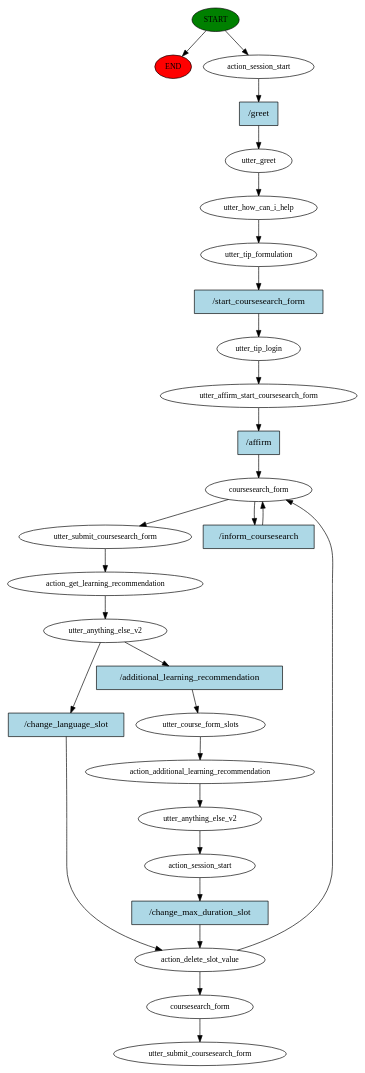
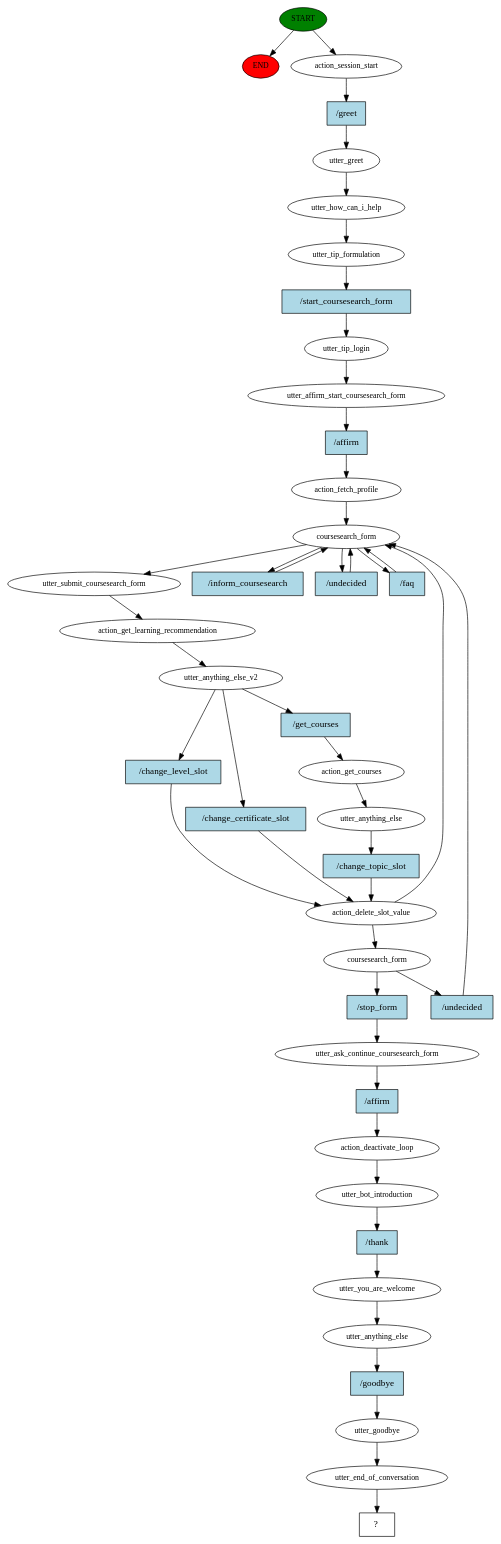
One commit to mmig/ki-campus-bot changed the diagram in rasa/KI-Campus_de/story_graph.dot. Above: the diagram before and after it, drawn with Graphviz. The commit also changed 5 other files, not shown here.

```diff
--- a/rasa/KI-Campus_de/story_graph.dot
+++ b/rasa/KI-Campus_de/story_graph.dot
@@ -1,56 +1,88 @@
 digraph  {
 0 [class="start active", fillcolor=green, fontsize=12, label=START, style=filled];
 "-1" [class=end, fillcolor=red, fontsize=12, label=END, style=filled];
 1 [class=active, fontsize=12, label=action_session_start];
 2 [class=active, fontsize=12, label=utter_greet];
 3 [class=active, fontsize=12, label=utter_how_can_i_help];
 4 [class=active, fontsize=12, label=utter_tip_formulation];
 5 [class=active, fontsize=12, label=utter_tip_login];
 6 [class=active, fontsize=12, label=utter_affirm_start_coursesearch_form];
-7 [class=active, fontsize=12, label=coursesearch_form];
-13 [class=active, fontsize=12, label=utter_submit_coursesearch_form];
-14 [class=active, fontsize=12, label=action_get_learning_recommendation];
-15 [class=active, fontsize=12, label=utter_anything_else_v2];
-16 [class=active, fontsize=12, label=action_delete_slot_value];
-22 [class=active, fontsize=12, label=utter_course_form_slots];
-23 [class=active, fontsize=12, label=action_additional_learning_recommendation];
-24 [class=active, fontsize=12, label=utter_anything_else_v2];
-25 [class=active, fontsize=12, label=action_session_start];
-27 [class=active, fontsize=12, label=coursesearch_form];
-28 [class="dashed active", fontsize=12, label=utter_submit_coursesearch_form];
-29 [class="intent active", fillcolor=lightblue, label="/greet", shape=rect, style=filled];
-30 [class="intent active", fillcolor=lightblue, label="/start_coursesearch_form", shape=rect, style=filled];
-31 [class="intent active", fillcolor=lightblue, label="/affirm", shape=rect, style=filled];
-32 [class="intent active", fillcolor=lightblue, label="/inform_coursesearch", shape=rect, style=filled];
-33 [class="intent active", fillcolor=lightblue, label="/change_language_slot", shape=rect, style=filled];
-34 [class="intent active", fillcolor=lightblue, label="/additional_learning_recommendation", shape=rect, style=filled];
-35 [class="intent active", fillcolor=lightblue, label="/change_max_duration_slot", shape=rect, style=filled];
+7 [class=active, fontsize=12, label=action_fetch_profile];
+8 [class=active, fontsize=12, label=coursesearch_form];
+14 [class=active, fontsize=12, label=utter_submit_coursesearch_form];
+15 [class=active, fontsize=12, label=action_get_learning_recommendation];
+16 [class=active, fontsize=12, label=utter_anything_else_v2];
+17 [class=active, fontsize=12, label=action_delete_slot_value];
+24 [class=active, fontsize=12, label=coursesearch_form];
+29 [class=active, fontsize=12, label=action_get_courses];
+30 [class=active, fontsize=12, label=utter_anything_else];
+33 [class=active, fontsize=12, label=utter_ask_continue_coursesearch_form];
+34 [class=active, fontsize=12, label=action_deactivate_loop];
+35 [class=active, fontsize=12, label=utter_bot_introduction];
+36 [class=active, fontsize=12, label=utter_you_are_welcome];
+37 [class=active, fontsize=12, label=utter_anything_else];
+38 [class=active, fontsize=12, label=utter_goodbye];
+39 [class=active, fontsize=12, label=utter_end_of_conversation];
+40 [class="intent dashed active", label="  ?  ", shape=rect];
+41 [class="intent active", fillcolor=lightblue, label="/greet", shape=rect, style=filled];
+42 [class="intent active", fillcolor=lightblue, label="/start_coursesearch_form", shape=rect, style=filled];
+43 [class="intent active", fillcolor=lightblue, label="/affirm", shape=rect, style=filled];
+44 [class="intent active", fillcolor=lightblue, label="/inform_coursesearch", shape=rect, style=filled];
+45 [class="intent active", fillcolor=lightblue, label="/undecided", shape=rect, style=filled];
+46 [class="intent active", fillcolor=lightblue, label="/faq", shape=rect, style=filled];
+47 [class="intent active", fillcolor=lightblue, label="/change_level_slot", shape=rect, style=filled];
+48 [class="intent active", fillcolor=lightblue, label="/change_certificate_slot", shape=rect, style=filled];
+49 [class="intent active", fillcolor=lightblue, label="/get_courses", shape=rect, style=filled];
+50 [class="intent active", fillcolor=lightblue, label="/stop_form", shape=rect, style=filled];
+51 [class="intent active", fillcolor=lightblue, label="/undecided", shape=rect, style=filled];
+52 [class="intent active", fillcolor=lightblue, label="/change_topic_slot", shape=rect, style=filled];
+53 [class="intent active", fillcolor=lightblue, label="/affirm", shape=rect, style=filled];
+54 [class="intent active", fillcolor=lightblue, label="/thank", shape=rect, style=filled];
+55 [class="intent active", fillcolor=lightblue, label="/goodbye", shape=rect, style=filled];
 0 -> "-1"  [class="", key=NONE, label=""];
 0 -> 1  [class=active, key=NONE, label=""];
-1 -> 29  [class=active, key=0];
+1 -> 41  [class=active, key=0];
 2 -> 3  [class=active, key=NONE, label=""];
 3 -> 4  [class=active, key=NONE, label=""];
-4 -> 30  [class=active, key=0];
+4 -> 42  [class=active, key=0];
 5 -> 6  [class=active, key=NONE, label=""];
-6 -> 31  [class=active, key=0];
-7 -> 13  [class=active, key=NONE, label=""];
-7 -> 32  [class=active, key=0];
-13 -> 14  [class=active, key=NONE, label=""];
+6 -> 43  [class=active, key=0];
+7 -> 8  [class=active, key=NONE, label=""];
+8 -> 14  [class=active, key=NONE, label=""];
+8 -> 44  [class=active, key=0];
+8 -> 45  [class=active, key=0];
+8 -> 46  [class=active, key=0];
 14 -> 15  [class=active, key=NONE, label=""];
-15 -> 33  [class=active, key=0];
-15 -> 34  [class=active, key=0];
-16 -> 27  [class=active, key=NONE, label=""];
-16 -> 7  [class=active, key=NONE, label=""];
-22 -> 23  [class=active, key=NONE, label=""];
-23 -> 24  [class=active, key=NONE, label=""];
-24 -> 25  [class=active, key=NONE, label=""];
-25 -> 35  [class=active, key=0];
-27 -> 28  [class=active, key=NONE, label=""];
-29 -> 2  [class=active, key=0];
-30 -> 5  [class=active, key=0];
-31 -> 7  [class=active, key=0];
-32 -> 7  [class=active, key=0];
-33 -> 16  [class=active, key=0];
-34 -> 22  [class=active, key=0];
-35 -> 16  [class=active, key=0];
+15 -> 16  [class=active, key=NONE, label=""];
+16 -> 47  [class=active, key=0];
+16 -> 48  [class=active, key=0];
+16 -> 49  [class=active, key=0];
+17 -> 24  [class=active, key=NONE, label=""];
+17 -> 8  [class=active, key=NONE, label=""];
+24 -> 50  [class=active, key=0];
+24 -> 51  [class=active, key=0];
+29 -> 30  [class=active, key=NONE, label=""];
+30 -> 52  [class=active, key=0];
+33 -> 53  [class=active, key=0];
+34 -> 35  [class=active, key=NONE, label=""];
+35 -> 54  [class=active, key=0];
+36 -> 37  [class=active, key=NONE, label=""];
+37 -> 55  [class=active, key=0];
+38 -> 39  [class=active, key=NONE, label=""];
+39 -> 40  [class=active, key=NONE, label=""];
+41 -> 2  [class=active, key=0];
+42 -> 5  [class=active, key=0];
+43 -> 7  [class=active, key=0];
+44 -> 8  [class=active, key=0];
+45 -> 8  [class=active, key=0];
+46 -> 8  [class=active, key=0];
+47 -> 17  [class=active, key=0];
+48 -> 17  [class=active, key=0];
+49 -> 29  [class=active, key=0];
+50 -> 33  [class=active, key=0];
+51 -> 8  [class=active, key=0];
+52 -> 17  [class=active, key=0];
+53 -> 34  [class=active, key=0];
+54 -> 36  [class=active, key=0];
+55 -> 38  [class=active, key=0];
 }
```
